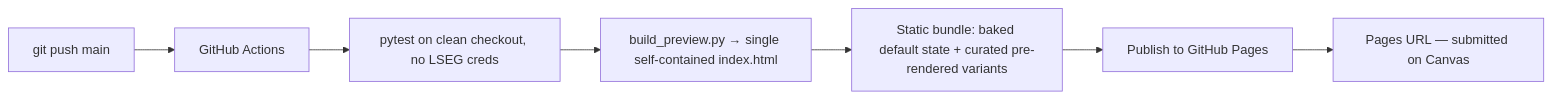
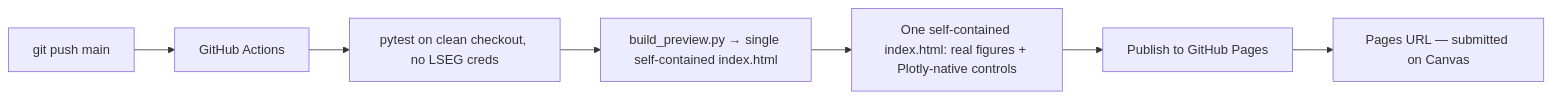
One commit to Jason-Dorman/options-surface-lab changed the seventh of 7 diagrams in docs/SYSTEM-SPEC.md. Above: the diagram before and after it, drawn with Mermaid. The commit also changed other lines of this file and 5 other files, not shown here.

First line of the commit message:
T-16: verify FR-10 on the published page; retire the pre-rendered-variant rule

````diff
--- a/docs/SYSTEM-SPEC.md
+++ b/docs/SYSTEM-SPEC.md
@@ -527,9 +536,9 @@
 ```mermaid
 flowchart LR
     push["git push main"] --> ci["GitHub Actions"]
     ci --> test["pytest on clean checkout, no LSEG creds"]
     test --> export["build_preview.py → single self-contained index.html"]
-    export --> bundle["Static bundle: baked default state + curated pre-rendered variants"]
+    export --> bundle["One self-contained index.html: real figures + Plotly-native controls"]
     bundle --> deploy["Publish to GitHub Pages"]
     deploy --> url["Pages URL — submitted on Canvas"]
 ```
````
